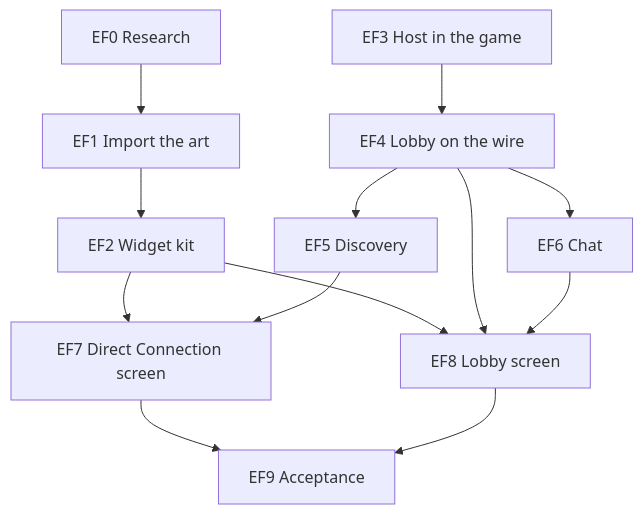
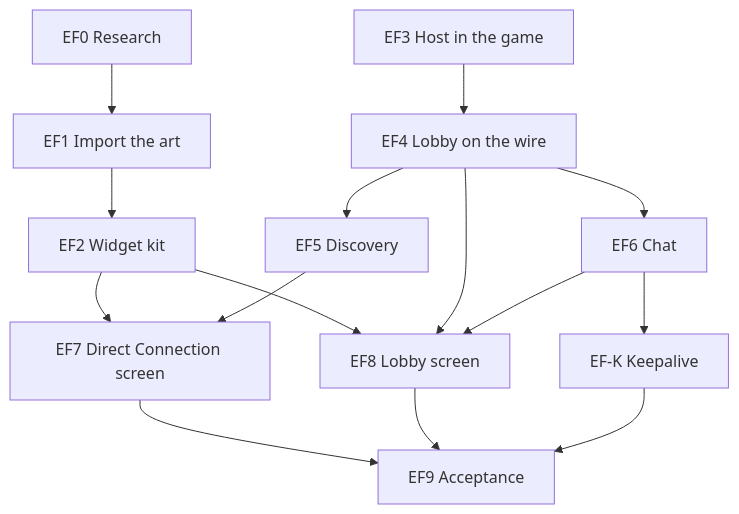
The ninth of 9 diagrams in docs/ARCHITECTURE.md (john-overton/T.O.R.E-Fighters), drawn with Mermaid before and after one commit. The commit also changed other lines of this file and 6 other files, not shown here.

````diff
--- a/docs/ARCHITECTURE.md
+++ b/docs/ARCHITECTURE.md
@@ -4114,15 +4223,17 @@
 ```mermaid
 flowchart TD
   EF0["EF0 Research"] --> EF1["EF1 Import the art"]
   EF1 --> EF2["EF2 Widget kit"]
   EF3["EF3 Host in the game"] --> EF4["EF4 Lobby on the wire"]
   EF4 --> EF5["EF5 Discovery"]
   EF4 --> EF6["EF6 Chat"]
   EF2 --> EF7["EF7 Direct Connection screen"]
   EF5 --> EF7
   EF2 --> EF8["EF8 Lobby screen"]
   EF4 --> EF8
   EF6 --> EF8
   EF7 --> EF9["EF9 Acceptance"]
   EF8 --> EF9
+  EF6 --> EFK["EF-K Keepalive"]
+  EFK --> EF9
 ```
````
